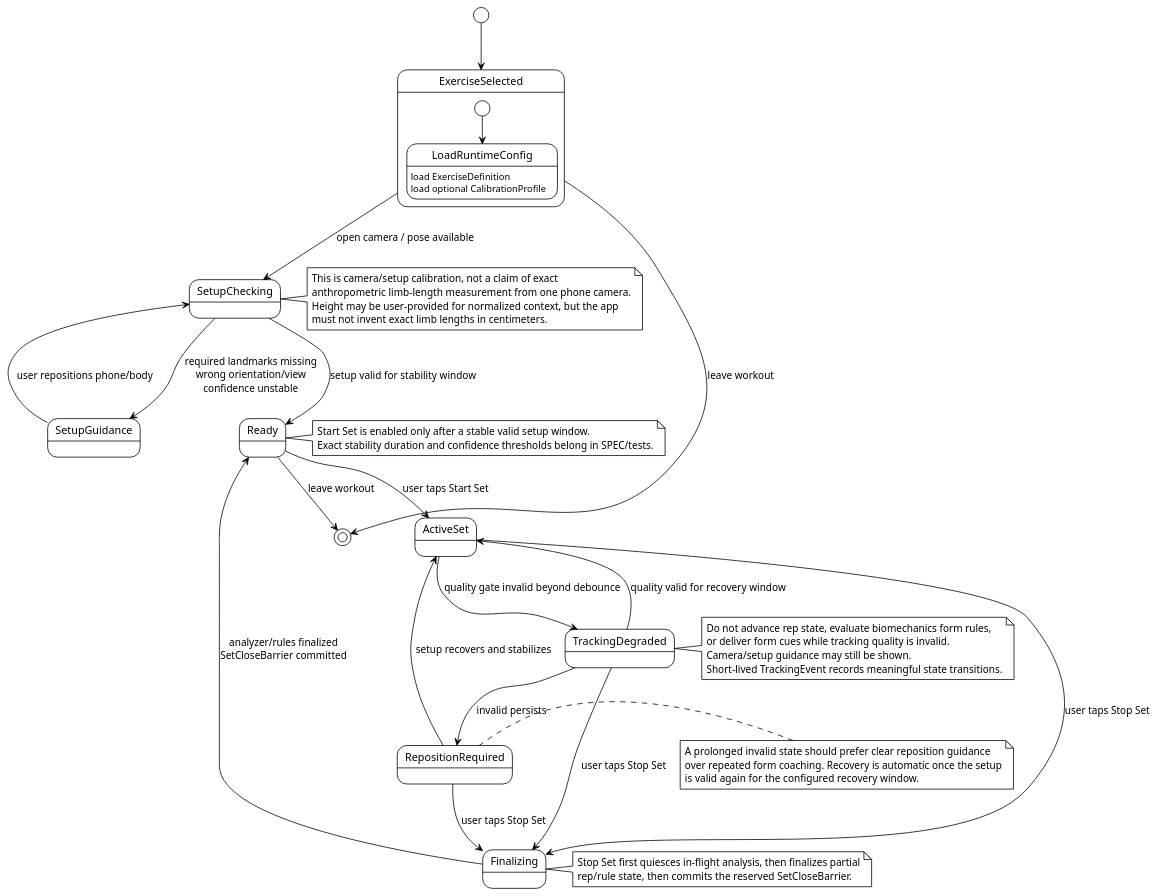
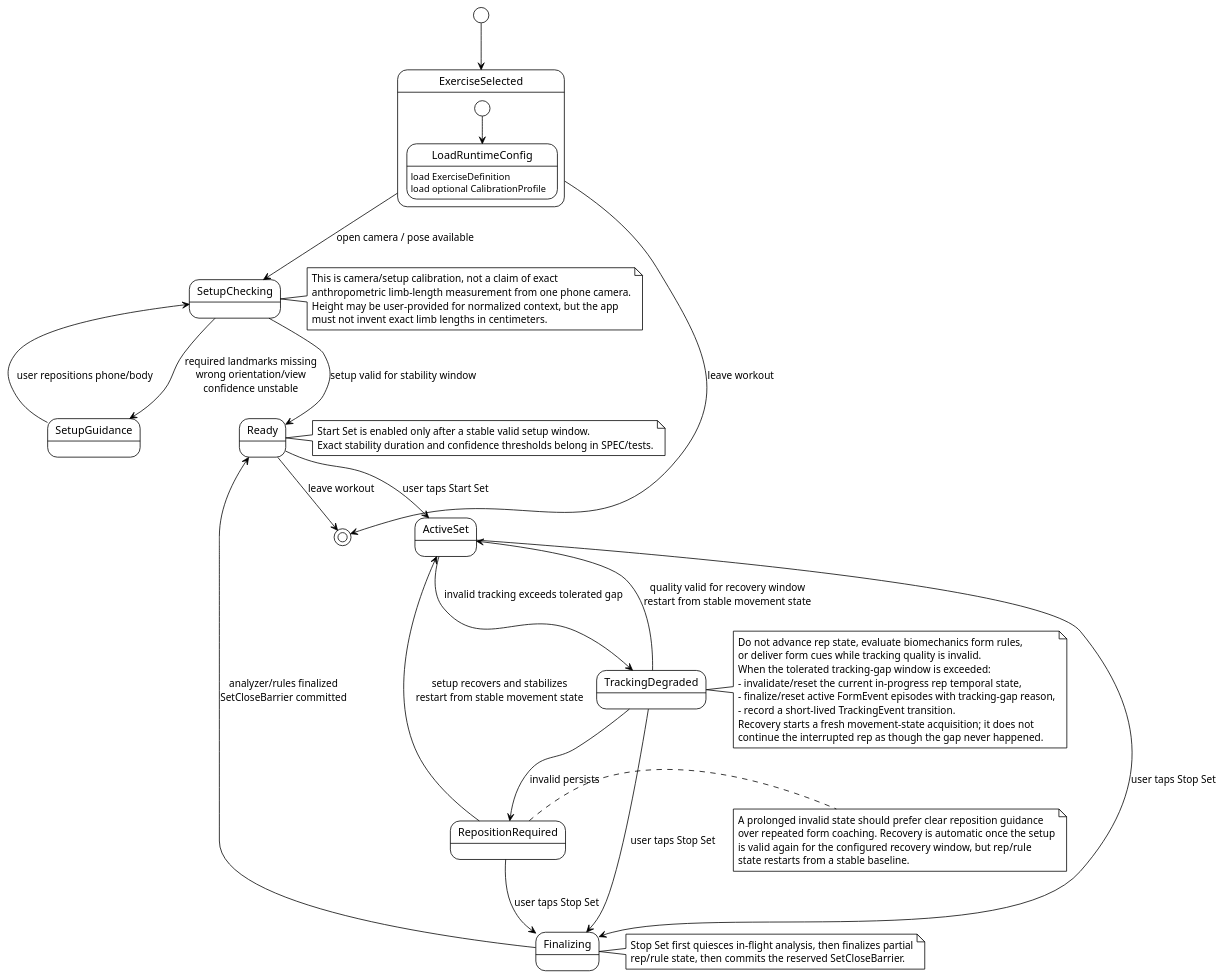
The diagram in docs/uml/08-camera-setup-state.puml (lazerta/gym-buddy), drawn with PlantUML before and after one commit.

Commit message:
Define tracking-gap reset semantics

```diff
--- a/docs/uml/08-camera-setup-state.puml
+++ b/docs/uml/08-camera-setup-state.puml
@@ -1,62 +1,67 @@
 @startuml
 !theme plain
 skinparam shadowing false
 
 [*] --> ExerciseSelected
 
 state ExerciseSelected {
   [*] --> LoadRuntimeConfig
   LoadRuntimeConfig : load ExerciseDefinition
   LoadRuntimeConfig : load optional CalibrationProfile
 }
 
 ExerciseSelected --> SetupChecking : open camera / pose available
 SetupChecking --> SetupGuidance : required landmarks missing\nwrong orientation/view\nconfidence unstable
 SetupGuidance --> SetupChecking : user repositions phone/body
 SetupChecking --> Ready : setup valid for stability window
 
 Ready --> ActiveSet : user taps Start Set
-ActiveSet --> TrackingDegraded : quality gate invalid beyond debounce
-TrackingDegraded --> ActiveSet : quality valid for recovery window
+ActiveSet --> TrackingDegraded : invalid tracking exceeds tolerated gap
+TrackingDegraded --> ActiveSet : quality valid for recovery window\nrestart from stable movement state
 TrackingDegraded --> RepositionRequired : invalid persists
-RepositionRequired --> ActiveSet : setup recovers and stabilizes
+RepositionRequired --> ActiveSet : setup recovers and stabilizes\nrestart from stable movement state
 
 ActiveSet --> Finalizing : user taps Stop Set
 TrackingDegraded --> Finalizing : user taps Stop Set
 RepositionRequired --> Finalizing : user taps Stop Set
 Finalizing --> Ready : analyzer/rules finalized\nSetCloseBarrier committed
 
 ExerciseSelected --> [*] : leave workout
 Ready --> [*] : leave workout
 
 note right of SetupChecking
 This is camera/setup calibration, not a claim of exact
 anthropometric limb-length measurement from one phone camera.
 Height may be user-provided for normalized context, but the app
 must not invent exact limb lengths in centimeters.
 end note
 
 note right of Ready
 Start Set is enabled only after a stable valid setup window.
 Exact stability duration and confidence thresholds belong in SPEC/tests.
 end note
 
 note right of TrackingDegraded
 Do not advance rep state, evaluate biomechanics form rules,
 or deliver form cues while tracking quality is invalid.
-Camera/setup guidance may still be shown.
-Short-lived TrackingEvent records meaningful state transitions.
+When the tolerated tracking-gap window is exceeded:
+- invalidate/reset the current in-progress rep temporal state,
+- finalize/reset active FormEvent episodes with tracking-gap reason,
+- record a short-lived TrackingEvent transition.
+Recovery starts a fresh movement-state acquisition; it does not
+continue the interrupted rep as though the gap never happened.
 end note
 
 note right of RepositionRequired
 A prolonged invalid state should prefer clear reposition guidance
 over repeated form coaching. Recovery is automatic once the setup
-is valid again for the configured recovery window.
+is valid again for the configured recovery window, but rep/rule
+state restarts from a stable baseline.
 end note
 
 note right of Finalizing
 Stop Set first quiesces in-flight analysis, then finalizes partial
 rep/rule state, then commits the reserved SetCloseBarrier.
 end note
 
 @enduml
```
